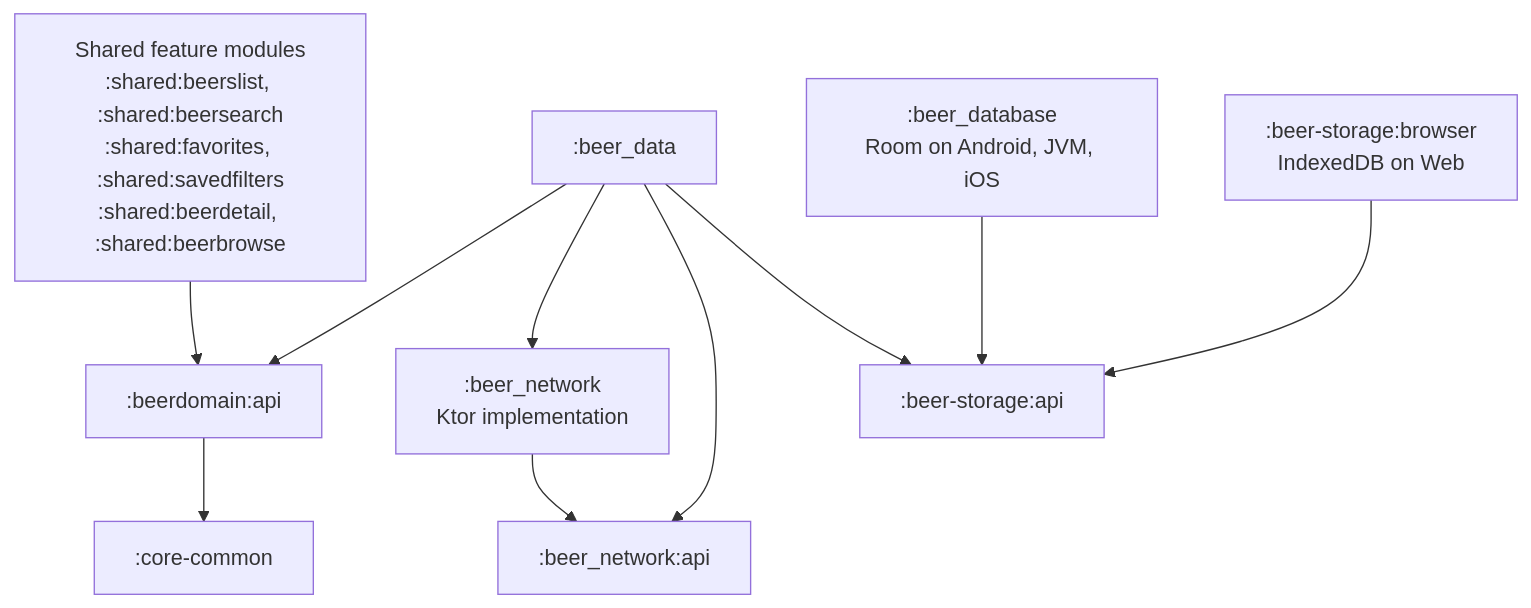
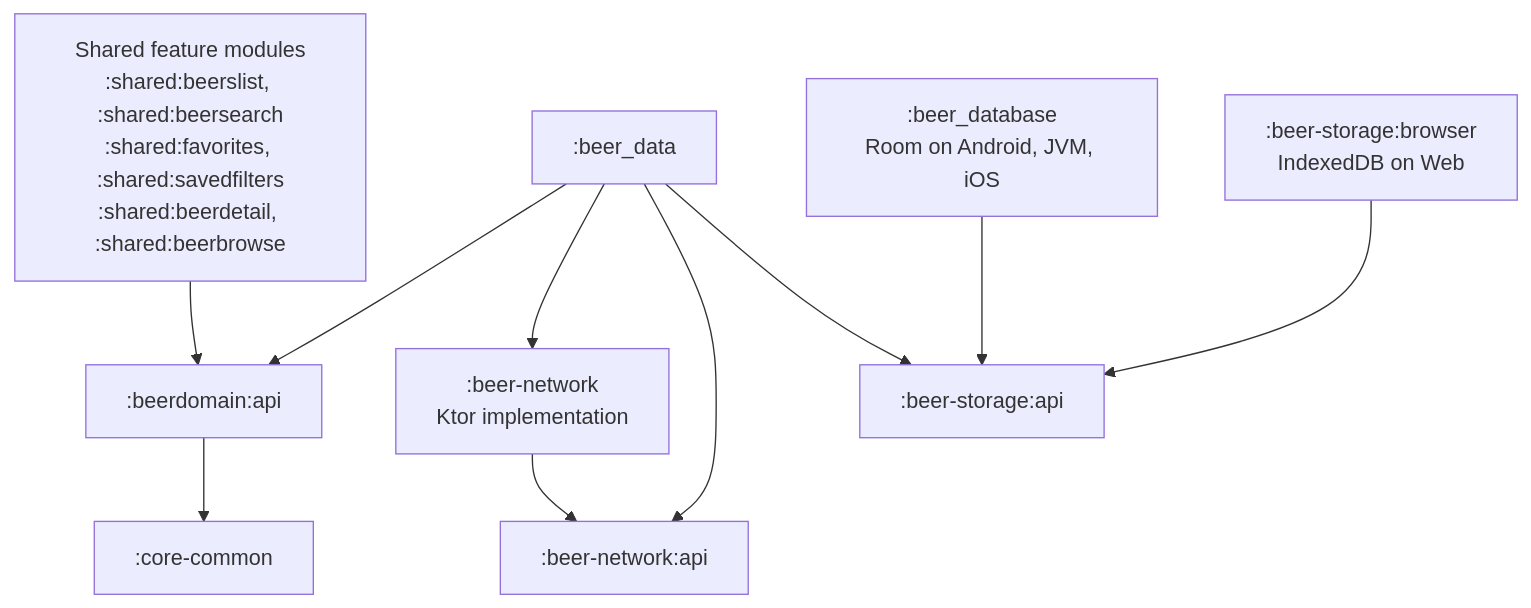
One commit to simtop/BillionBeers changed the second of 2 diagrams in README.md. Above: the diagram before and after it, drawn with Mermaid. The commit also changed 98 other files, not shown here.

````diff
--- a/README.md
+++ b/README.md
@@ -165,22 +165,22 @@
 ```mermaid
 flowchart TB
     Screens["Shared feature modules<br/>:shared:beerslist, :shared:beersearch<br/>:shared:favorites, :shared:savedfilters<br/>:shared:beerdetail, :shared:beerbrowse"]
     Domain[":beerdomain:api"]
     Common[":core-common"]
     Data[":beer_data"]
-    Network[":beer_network<br/>Ktor implementation"]
-    NetworkAPI[":beer_network:api"]
+    Network[":beer-network<br/>Ktor implementation"]
+    NetworkAPI[":beer-network:api"]
     Storage[":beer-storage:api"]
     Room[":beer_database<br/>Room on Android, JVM, iOS"]
     Browser[":beer-storage:browser<br/>IndexedDB on Web"]
 
     Screens --> Domain
     Data --> Domain
     Domain --> Common
     Data --> Network
     Data --> NetworkAPI
     Network --> NetworkAPI
     Data --> Storage
     Room --> Storage
     Browser --> Storage
 ```
````
